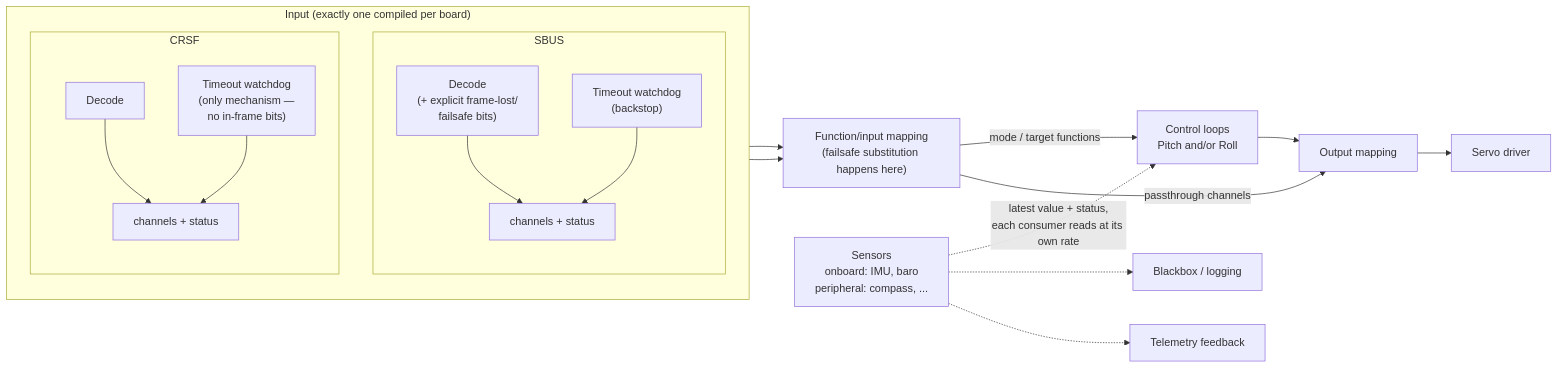
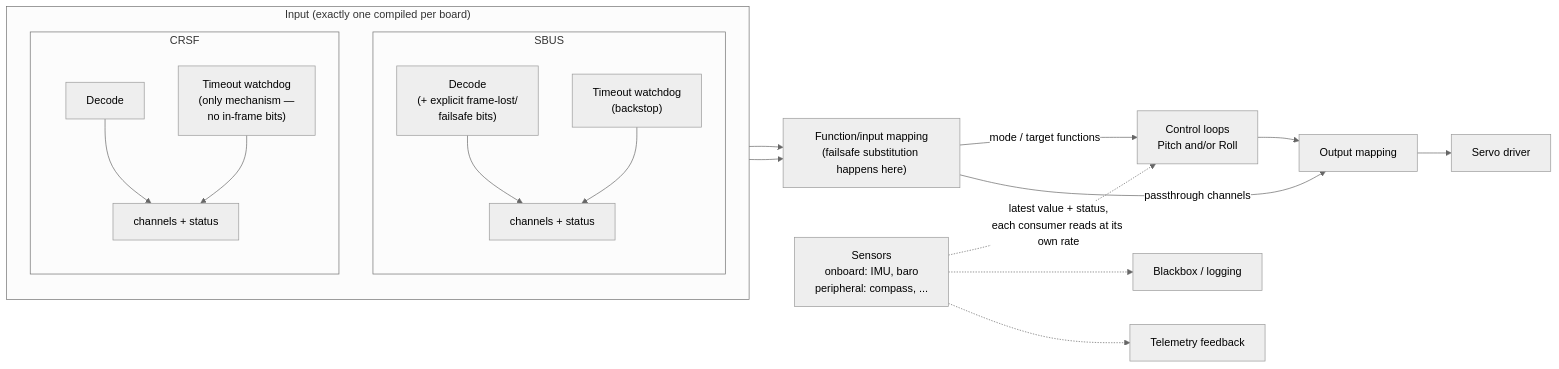
One commit to heimdall-suite/heimdall-helm changed the diagram in .docs/architecture.md. Above: the diagram before and after it, drawn with Mermaid.

Commit message:
Pin architecture diagram to Mermaid's neutral theme
Forces consistent rendering across GitHub and VS Code (each otherwise
applies its own default theme independently). neutral's light fills with
dark text/borders stay legible in both light and dark surrounding
contexts, at the cost of no longer auto-adapting to the viewer's
GitHub light/dark mode preference the way an unthemed diagram would.

````diff
--- a/.docs/architecture.md
+++ b/.docs/architecture.md
@@ -8,39 +8,40 @@
 ```mermaid
+%%{init: {'theme': 'neutral'}}%%
 flowchart LR
     subgraph Input["Input (exactly one compiled per board)"]
         direction TB
         subgraph SBUS
             direction TB
             DSBUS["Decode<br/>(+ explicit frame-lost/<br/>failsafe bits)"]
             TOSBUS["Timeout watchdog<br/>(backstop)"]
             DSBUS --> OUTSBUS["channels + status"]
             TOSBUS --> OUTSBUS
         end
         subgraph CRSF
             direction TB
             DCRSF["Decode"]
             TOCRSF["Timeout watchdog<br/>(only mechanism —<br/>no in-frame bits)"]
             DCRSF --> OUTCRSF["channels + status"]
             TOCRSF --> OUTCRSF
         end
     end
 
     MAP["Function/input mapping<br/>(failsafe substitution happens here)"]
     CTRL["Control loops<br/>Pitch and/or Roll"]
     OUT["Output mapping"]
     SERVO["Servo driver"]
     SENS["Sensors<br/>onboard: IMU, baro<br/>peripheral: compass, ..."]
     LOG["Blackbox / logging"]
     TEL["Telemetry feedback"]
 
     OUTSBUS --> MAP
     OUTCRSF --> MAP
     MAP -->|"mode / target functions"| CTRL
     MAP -->|"passthrough channels"| OUT
     CTRL --> OUT
     OUT --> SERVO
 
     SENS -.->|"latest value + status,<br/>each consumer reads at its own rate"| CTRL
     SENS -.-> LOG
     SENS -.-> TEL
 ```
````
